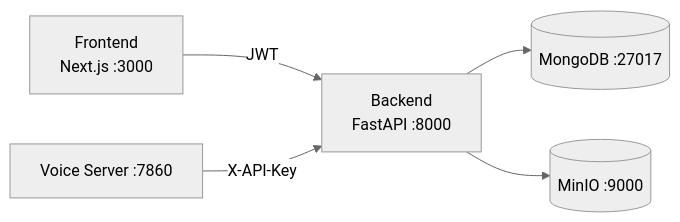
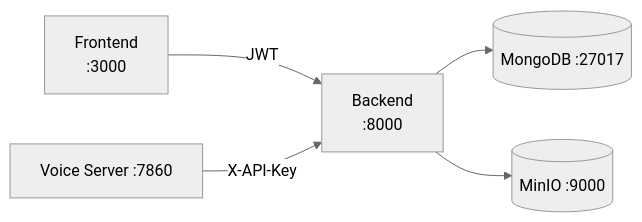
One commit to geojoseph19/voicera changed the diagram in docs/services/backend.md. Above: the diagram before and after it, drawn with Mermaid (neutral theme). The commit also changed other lines of this file and 5 other files, not shown here.

````diff
--- a/docs/services/backend.md
+++ b/docs/services/backend.md
@@ -26,7 +26,7 @@
 ```mermaid
 flowchart LR
-  FE[Frontend\nNext.js :3000] -- JWT --> BE[Backend\nFastAPI :8000]
+  FE[Frontend\n:3000] -- JWT --> BE[Backend\n:8000]
   VS[Voice Server :7860] -- X-API-Key --> BE
   BE --> M[(MongoDB :27017)]
   BE --> S[(MinIO :9000)]
 ```
````
